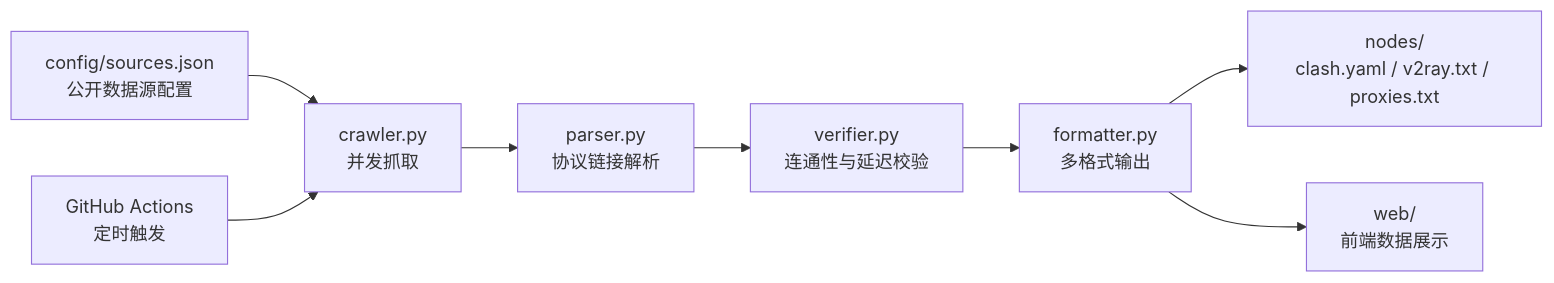
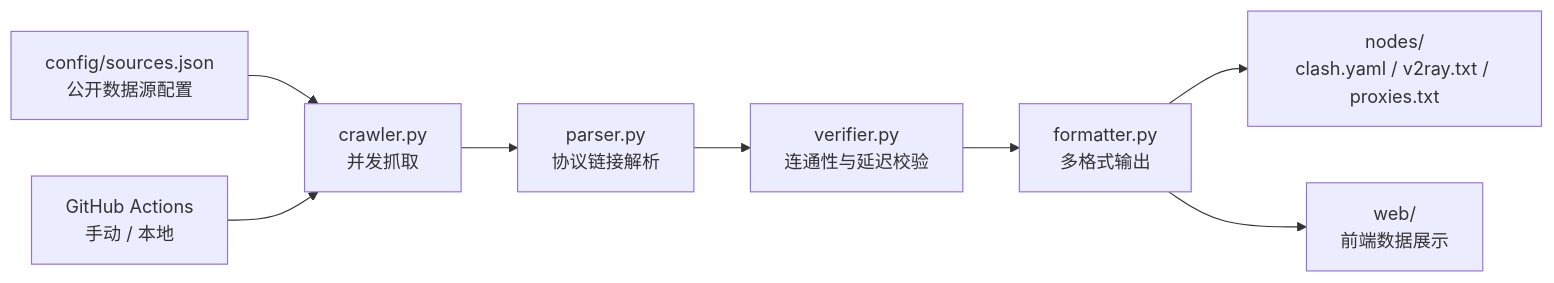
The diagram in README.zh-CN.md (weed33834/freenode), drawn with Mermaid before and after one commit. The commit also changed other lines of this file and 17 other files, not shown here.

````diff
--- a/README.zh-CN.md
+++ b/README.zh-CN.md
@@ -87,10 +87,10 @@
 ```mermaid
 flowchart LR
     A[config/sources.json<br/>公开数据源配置] --> B[crawler.py<br/>并发抓取]
     B --> C[parser.py<br/>协议链接解析]
     C --> D[verifier.py<br/>连通性与延迟校验]
     D --> E[formatter.py<br/>多格式输出]
     E --> F[nodes/<br/>clash.yaml / v2ray.txt / proxies.txt]
     E --> G[web/<br/>前端数据展示]
-    H[GitHub Actions<br/>定时触发] --> B
+    H[GitHub Actions<br/>手动 / 本地] --> B
 ```
````
